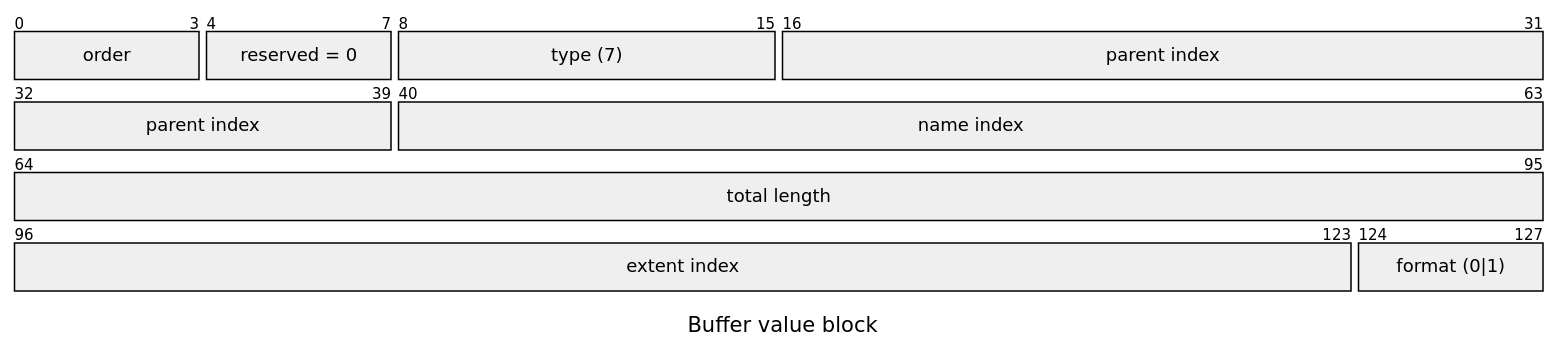
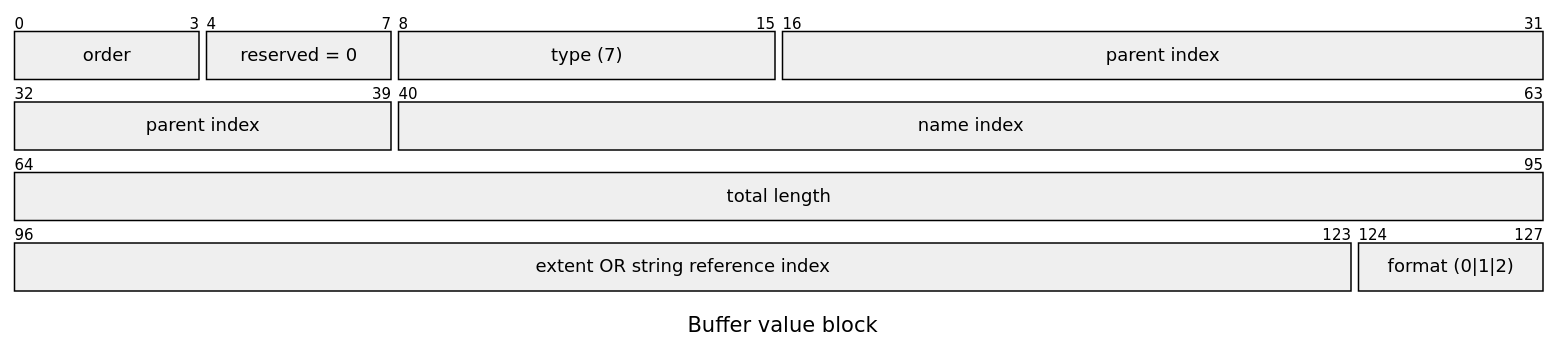
One commit to misttech/mist-os changed the seventh of 12 diagrams in docs/reference/platform-spec/diagnostics/inspect-vmo-format.md. Above: the diagram before and after it, drawn with Mermaid. The commit also changed other lines of this file and 22 other files, not shown here.

````diff
--- a/docs/reference/platform-spec/diagnostics/inspect-vmo-format.md
+++ b/docs/reference/platform-spec/diagnostics/inspect-vmo-format.md
@@ -339,14 +339,14 @@
 ```mermaid
 ---
 title: "Buffer value block"
 ---
 packet-beta
 0-3: "order"
 4-7: "reserved = 0"
 8-15: "type (7)"
 16-39: "parent index"
 40-63: "name index"
 64-95: "total length"
-96-123: "extent index"
-124-127: "format (0|1)"
+96-123: "extent OR string reference index"
+124-127: "format (0|1|2)"
 ```
````
